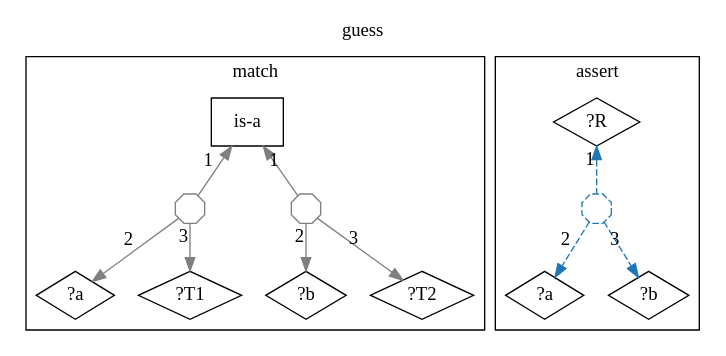
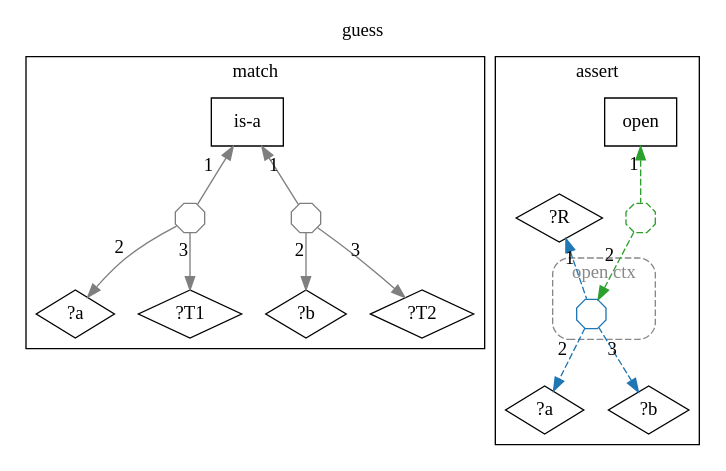
The diagram in docs/ein/user/02-guide/diagrams/04-rule-guess.dot (agutikov/ein), drawn with Graphviz before and after one commit. The commit also changed 119 other files, not shown here.

```diff
--- a/docs/ein/user/02-guide/diagrams/04-rule-guess.dot
+++ b/docs/ein/user/02-guide/diagrams/04-rule-guess.dot
@@ -1,28 +1,35 @@
 digraph rule_guess_lhs_rhs {
   rankdir=TB;
   label="guess"; labelloc=t;
   subgraph cluster_lhs { label="match";
     "is-a_L" [label="is-a", shape=box];
     "?a_L" [label="?a", shape=diamond];
     "?T1_L" [label="?T1", shape=diamond];
     "?b_L" [label="?b", shape=diamond];
     "?T2_L" [label="?T2", shape=diamond];
     "h1_is-a_L" [shape=octagon, label="", width=0.3, height=0.3, fixedsize=true, color="#7f7f7f"];
     "is-a_L" -> "h1_is-a_L" [xlabel="1", dir=back, color="#7f7f7f"];
     "h1_is-a_L" -> "?a_L" [xlabel="2", color="#7f7f7f"];
     "h1_is-a_L" -> "?T1_L" [xlabel="3", color="#7f7f7f"];
     "h2_is-a_L" [shape=octagon, label="", width=0.3, height=0.3, fixedsize=true, color="#7f7f7f"];
     "is-a_L" -> "h2_is-a_L" [xlabel="1", dir=back, color="#7f7f7f"];
     "h2_is-a_L" -> "?b_L" [xlabel="2", color="#7f7f7f"];
     "h2_is-a_L" -> "?T2_L" [xlabel="3", color="#7f7f7f"];
   }
   subgraph cluster_rhs { label="assert";
+    "open_R" [label="open", shape=box];
     "?R_R" [label="?R", shape=diamond];
     "?a_R" [label="?a", shape=diamond];
     "?b_R" [label="?b", shape=diamond];
-    "h3_R_R" [shape=octagon, label="", width=0.3, height=0.3, fixedsize=true, color="#1f77b4", style=dashed];
-    "?R_R" -> "h3_R_R" [xlabel="1", dir=back, color="#1f77b4", style=dashed];
-    "h3_R_R" -> "?a_R" [xlabel="2", color="#1f77b4", style=dashed];
-    "h3_R_R" -> "?b_R" [xlabel="3", color="#1f77b4", style=dashed];
+    subgraph cluster_ctx_R_0 {
+      label="open ctx"; style="dashed,rounded"; color="#888888"; fontcolor="#888888";
+      "(?R ?a ?b)_R" [shape=octagon, label="", width=0.3, height=0.3, fixedsize=true, color="#1f77b4"];
+    }
+    "h3_open_R" [shape=octagon, label="", width=0.3, height=0.3, fixedsize=true, color="#2ca02c", style=dashed];
+    "open_R" -> "h3_open_R" [xlabel="1", dir=back, color="#2ca02c", style=dashed];
+    "h3_open_R" -> "(?R ?a ?b)_R" [xlabel="2", color="#2ca02c", style=dashed];
+    "?R_R" -> "(?R ?a ?b)_R" [xlabel="1", dir=back, color="#1f77b4", style=dashed];
+    "(?R ?a ?b)_R" -> "?a_R" [xlabel="2", color="#1f77b4", style=dashed];
+    "(?R ?a ?b)_R" -> "?b_R" [xlabel="3", color="#1f77b4", style=dashed];
   }
 }
```
